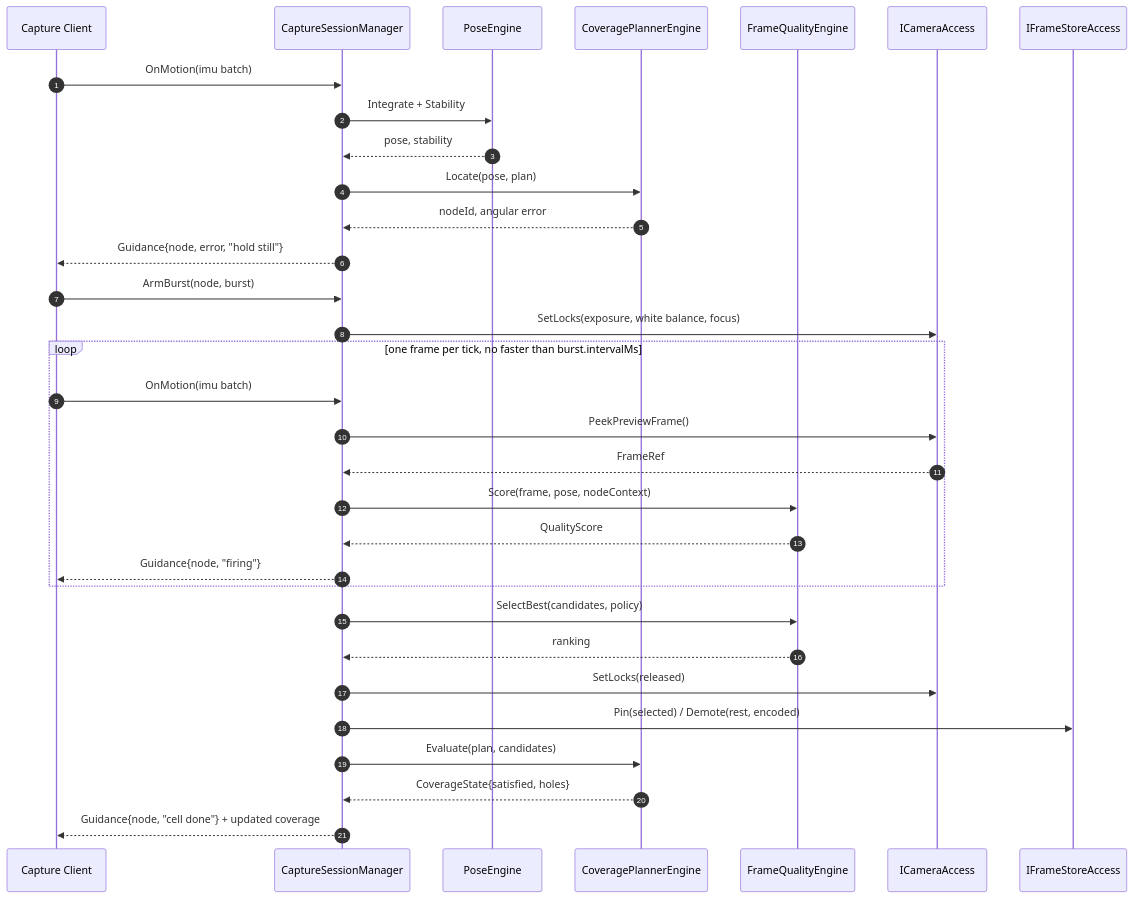
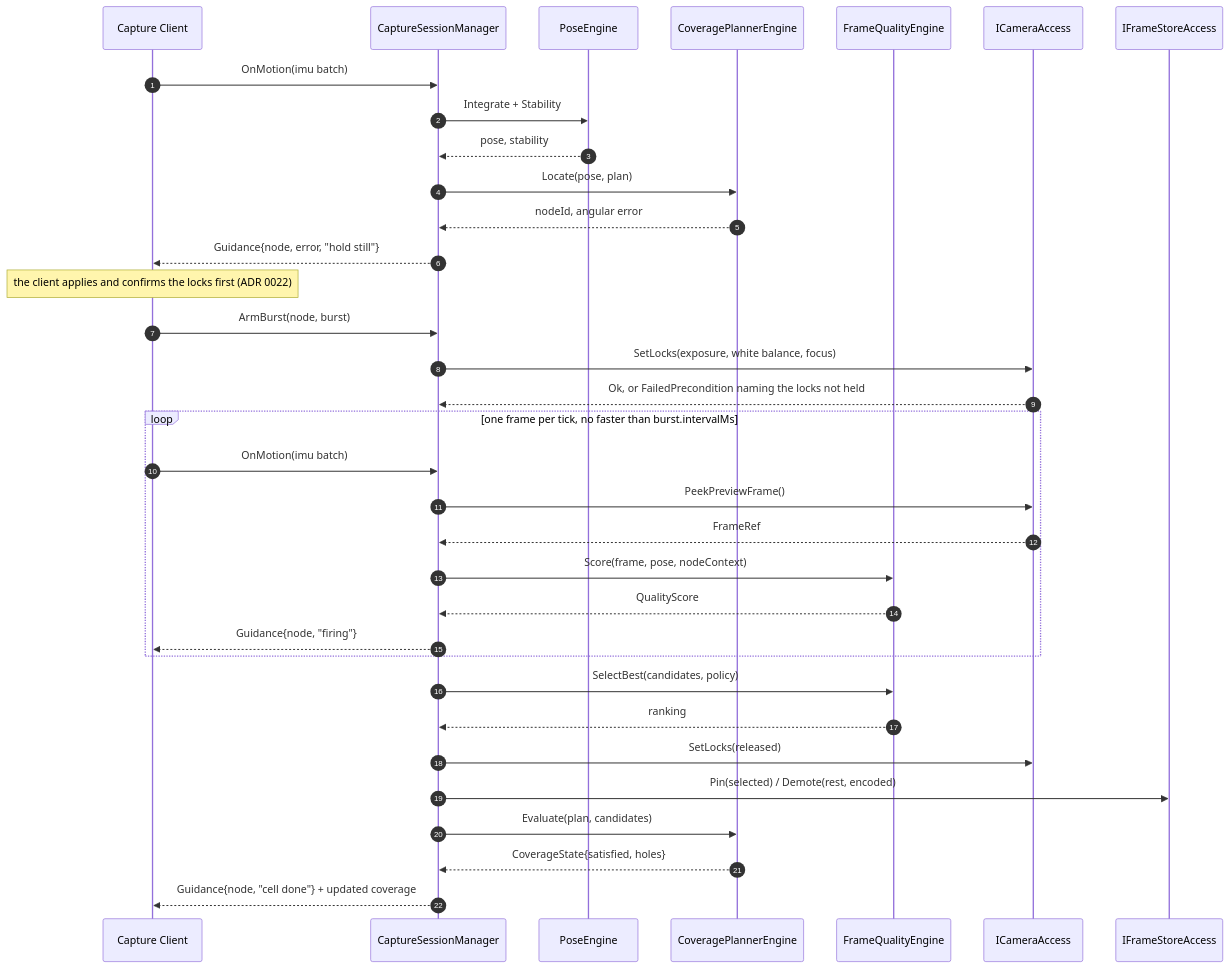
The third of 4 diagrams in docs/03-architecture.md (h3ll5ur7er/sphanorama), drawn with Mermaid before and after one commit. The commit also changed 15 other files, not shown here.

````diff
--- a/docs/03-architecture.md
+++ b/docs/03-architecture.md
@@ -257,35 +257,37 @@
 ```mermaid
 sequenceDiagram
   autonumber
   participant U as Capture Client
   participant M as CaptureSessionManager
   participant P as PoseEngine
   participant V as CoveragePlannerEngine
   participant Q as FrameQualityEngine
   participant C as ICameraAccess
   participant F as IFrameStoreAccess
 
   U->>M: OnMotion(imu batch)
   M->>P: Integrate + Stability
   P-->>M: pose, stability
   M->>V: Locate(pose, plan)
   V-->>M: nodeId, angular error
   M-->>U: Guidance{node, error, "hold still"}
+  Note over U: the client applies and confirms the locks first (ADR 0022)
   U->>M: ArmBurst(node, burst)
   M->>C: SetLocks(exposure, white balance, focus)
+  C-->>M: Ok, or FailedPrecondition naming the locks not held
   loop one frame per tick, no faster than burst.intervalMs
     U->>M: OnMotion(imu batch)
     M->>C: PeekPreviewFrame()
     C-->>M: FrameRef
     M->>Q: Score(frame, pose, nodeContext)
     Q-->>M: QualityScore
     M-->>U: Guidance{node, "firing"}
   end
   M->>Q: SelectBest(candidates, policy)
   Q-->>M: ranking
   M->>C: SetLocks(released)
   M->>F: Pin(selected) / Demote(rest, encoded)
   M->>V: Evaluate(plan, candidates)
   V-->>M: CoverageState{satisfied, holes}
   M-->>U: Guidance{node, "cell done"} + updated coverage
 ```
````
